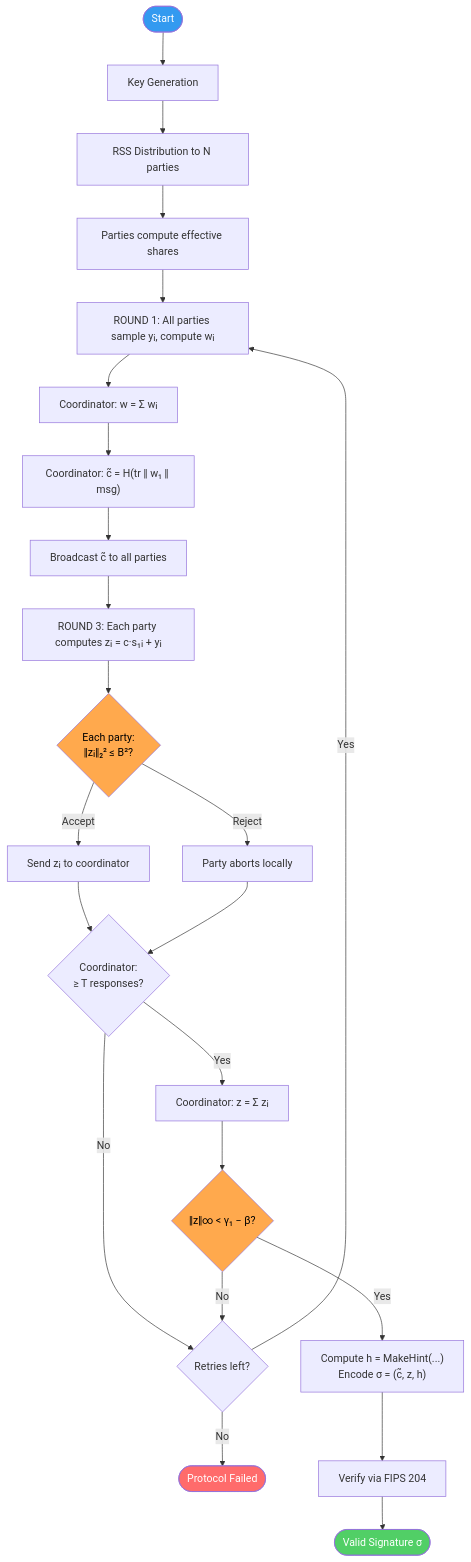
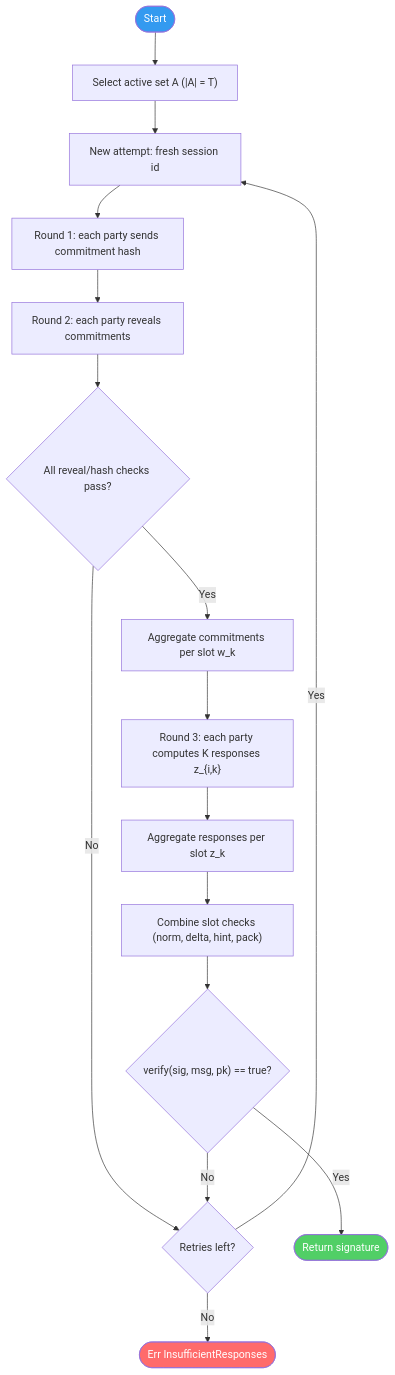
The sixth of 8 diagrams in PROTOCOL.md (lattice-safe/threshold-ml-dsa), drawn with Mermaid before and after one commit. The commit also changed other lines of this file and 2 other files, not shown here.

Commit message:
docs: align README/SDK/PROTOCOL with v0.3 signing flow

````diff
--- a/PROTOCOL.md
+++ b/PROTOCOL.md
@@ -712,35 +665,25 @@
 ```mermaid
 flowchart TD
-    START([Start]) --> KG[Key Generation]
-    KG --> RSS[RSS Distribution to N parties]
-    RSS --> INIT[Parties compute effective shares]
+    START([Start]) --> INIT["Select active set A (|A| = T)"]
+    INIT --> TRY["New attempt: fresh session id"]
 
-    INIT --> R1["ROUND 1: All parties sample yᵢ, compute wᵢ"]
-    R1 --> AGG_W["Coordinator: w = Σ wᵢ"]
-    AGG_W --> CHAL["Coordinator: c̃ = H(tr ‖ w₁ ‖ msg)"]
-    CHAL --> BCAST["Broadcast c̃ to all parties"]
+    TRY --> R1["Round 1: each party sends commitment hash"]
+    R1 --> R2["Round 2: each party reveals commitments"]
+    R2 --> BIND{"All reveal/hash checks pass?"}
+    BIND -->|No| RETRY{"Retries left?"}
+    BIND -->|Yes| AGG_W["Aggregate commitments per slot w_k"]
 
-    BCAST --> R3["ROUND 3: Each party computes zᵢ = c·s₁ᵢ + yᵢ"]
-    R3 --> REJ{"Each party:\n‖zᵢ‖₂² ≤ B²?"}
-    REJ -->|Accept| SEND["Send zᵢ to coordinator"]
-    REJ -->|Reject| ABORT["Party aborts locally"]
+    AGG_W --> R3["Round 3: each party computes K responses z_{i,k}"]
+    R3 --> AGG_Z["Aggregate responses per slot z_k"]
+    AGG_Z --> COMB["Combine slot checks (norm, delta, hint, pack)"]
+    COMB --> VERIFY{"verify(sig, msg, pk) == true?"}
 
-    SEND --> COUNT{"Coordinator:\n≥ T responses?"}
-    ABORT --> COUNT
-    COUNT -->|No| RETRY{"Retries left?"}
-    RETRY -->|Yes| R1
-    RETRY -->|No| FAIL([Protocol Failed])
-
-    COUNT -->|Yes| AGG_Z["Coordinator: z = Σ zᵢ"]
-    AGG_Z --> NORM{"‖z‖∞ < γ₁ − β?"}
-    NORM -->|No| RETRY
-    NORM -->|Yes| ENCODE["Compute h = MakeHint(...)<br>Encode σ = (c̃, z, h)"]
-    ENCODE --> VERIFY["Verify via FIPS 204"]
-    VERIFY --> DONE([Valid Signature σ])
+    VERIFY -->|Yes| DONE([Return signature])
+    VERIFY -->|No| RETRY
+    RETRY -->|Yes| TRY
+    RETRY -->|No| FAIL([Err InsufficientResponses])
 
     style START fill:#339af0,color:#fff
     style DONE fill:#51cf66,color:#fff
     style FAIL fill:#ff6b6b,color:#fff
-    style REJ fill:#ffa94d,color:#000
-    style NORM fill:#ffa94d,color:#000
 ```
````
